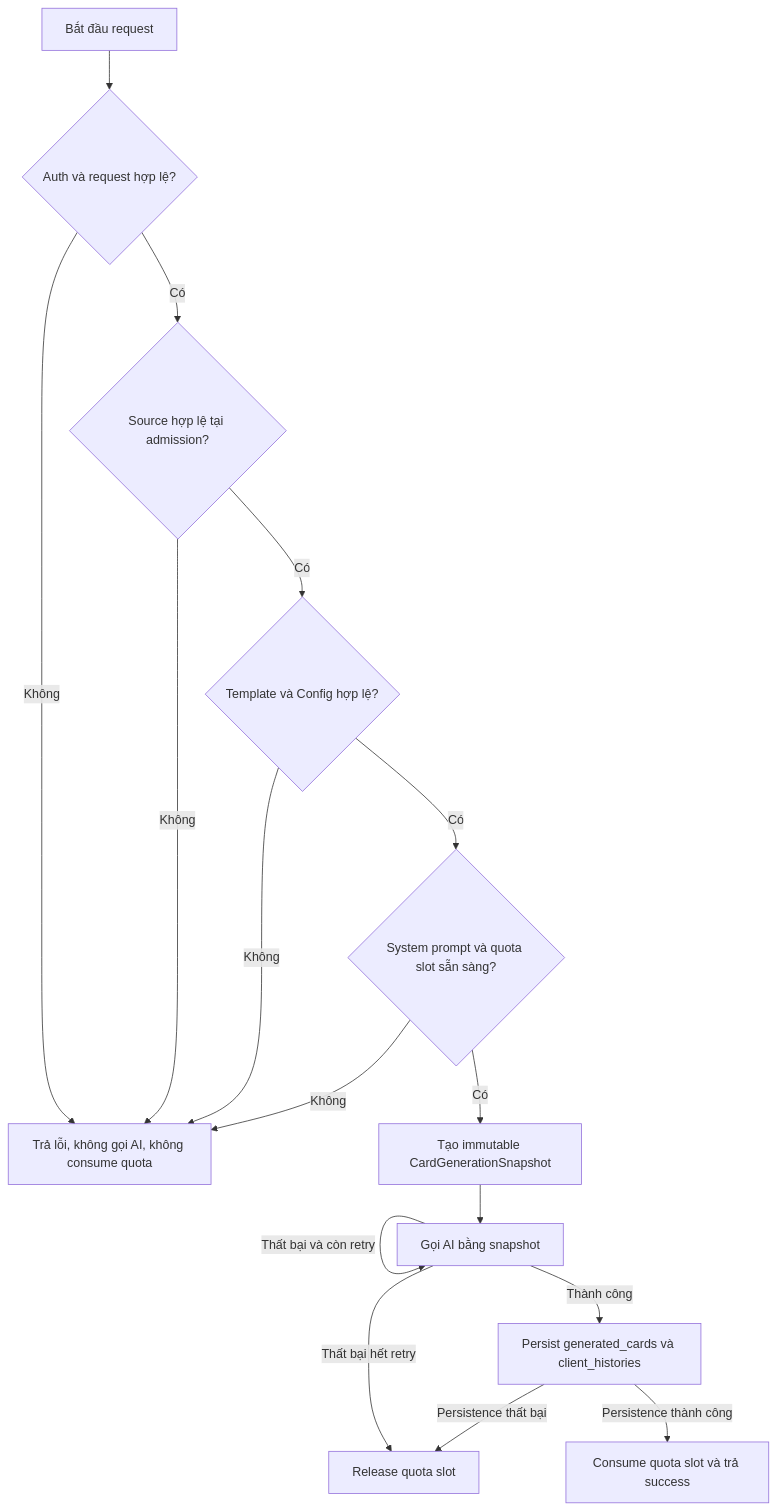
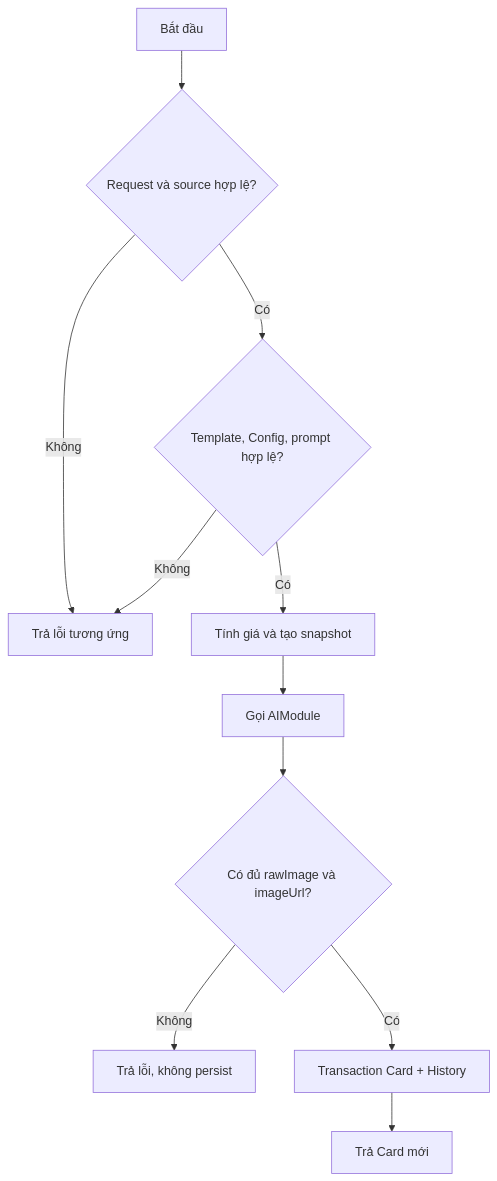
One commit to 161seconds/document-first-brief changed the third of 4 diagrams in hoa-theo-mua-ai-flourist/TDD/TDD-006/TDD-006-tao-thiep-thiet-ke-ai.md. Above: the diagram before and after it, drawn with Mermaid. The commit also changed other lines of this file and 24 other files, not shown here.

````diff
--- a/hoa-theo-mua-ai-flourist/TDD/TDD-006/TDD-006-tao-thiep-thiet-ke-ai.md
+++ b/hoa-theo-mua-ai-flourist/TDD/TDD-006/TDD-006-tao-thiep-thiet-ke-ai.md
@@ -188,18 +138,13 @@
 ```mermaid
 flowchart TD
-    A[Bắt đầu request] --> B{Auth và request hợp lệ?}
-    B -->|Không| X[Trả lỗi, không gọi AI, không consume quota]
-    B -->|Có| C{Source hợp lệ tại admission?}
+    A[Bắt đầu] --> B{Request và source hợp lệ?}
+    B -->|Không| X[Trả lỗi tương ứng]
+    B -->|Có| C{Template, Config, prompt hợp lệ?}
     C -->|Không| X
-    C -->|Có| D{Template và Config hợp lệ?}
-    D -->|Không| X
-    D -->|Có| E{System prompt và quota slot sẵn sàng?}
-    E -->|Không| X
-    E -->|Có| F[Tạo immutable CardGenerationSnapshot]
-    F --> G[Gọi AI bằng snapshot]
-    G -->|Thất bại và còn retry| G
-    G -->|Thất bại hết retry| H[Release quota slot]
-    G -->|Thành công| I[Persist generated_cards và client_histories]
-    I -->|Persistence thất bại| H
-    I -->|Persistence thành công| J[Consume quota slot và trả success]
+    C -->|Có| D[Tính giá và tạo snapshot]
+    D --> E[Gọi AIModule]
+    E --> F{Có đủ rawImage và imageUrl?}
+    F -->|Không| Y[Trả lỗi, không persist]
+    F -->|Có| G[Transaction Card + History]
+    G --> H[Trả Card mới]
 ```
````
